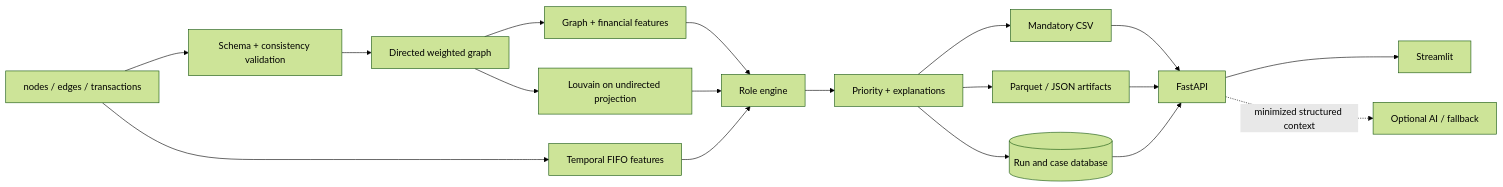
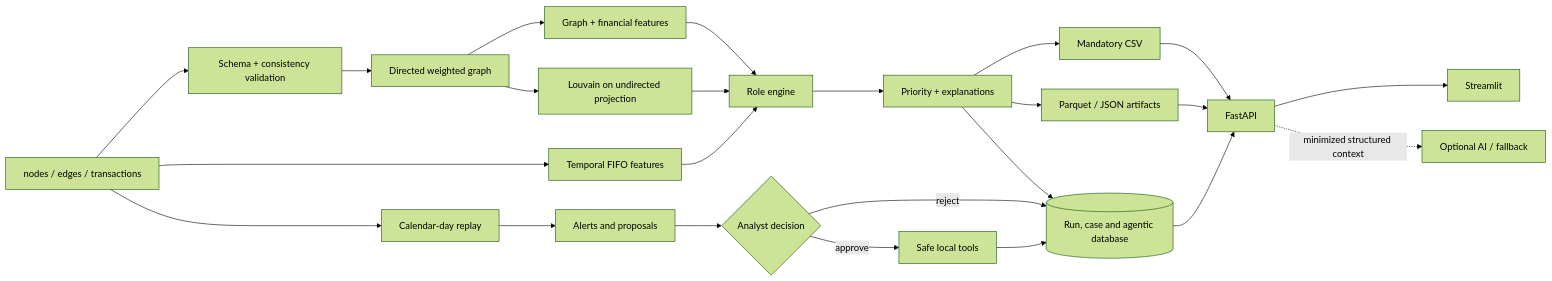
One commit to BAITC-Hacks/hack-173e8652-synex changed the third of 3 diagrams in docs/architecture.md. Above: the diagram before and after it, drawn with Mermaid (forest theme). The commit also changed other lines of this file and 29 other files, not shown here.

Commit message:
ux/graph/analytics

````diff
--- a/docs/architecture.md
+++ b/docs/architecture.md
@@ -63,20 +87,26 @@
 ```mermaid
 flowchart LR
     A[nodes / edges / transactions] --> B[Schema + consistency validation]
     B --> C[Directed weighted graph]
     C --> D[Graph + financial features]
     A --> E[Temporal FIFO features]
     C --> F[Louvain on undirected projection]
     D --> G[Role engine]
     E --> G
     F --> G
     G --> H[Priority + explanations]
     H --> I[Mandatory CSV]
     H --> J[Parquet / JSON artifacts]
-    H --> K[(Run and case database)]
+    H --> K[(Run, case and agentic database)]
     I --> L[FastAPI]
     J --> L
     K --> L
     L --> M[Streamlit]
+    A --> O[Calendar-day replay]
+    O --> P[Alerts and proposals]
+    P --> Q{Analyst decision}
+    Q -->|reject| K
+    Q -->|approve| R[Safe local tools]
+    R --> K
     L -. minimized structured context .-> N[Optional AI / fallback]
 ```
````
